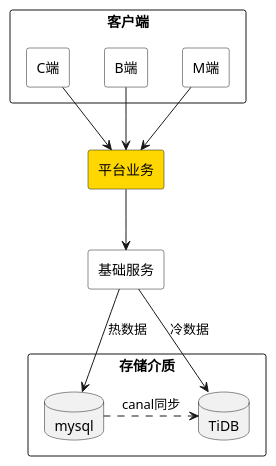
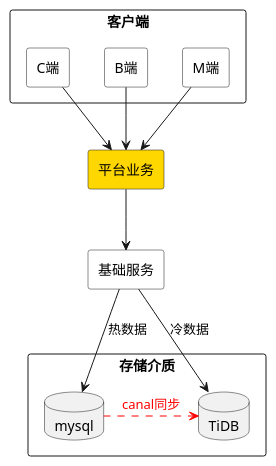
Before and after one commit to dictionaryshi/wxjj: the diagram in diagram/ComponentDemo.puml, drawn with PlantUML.

Commit message:
ComponentDemo.puml

```diff
--- a/diagram/ComponentDemo.puml
+++ b/diagram/ComponentDemo.puml
@@ -1,38 +1,38 @@
 @startuml
 
 skinparam component {
     Style rectangle
     BackgroundColor white
 }
 
 skinparam package {
     Style rectangle
 }
 
 package "客户端" {
     component "C端" as A
     component "B端" as B
     component "M端" as M
 }
 
 component "平台业务" as P #gold
 
 component "基础服务" as J
 
 package "存储介质" {
     database mysql
     database TiDB
 }
 
 A --> P
 B --> P
 M --> P
 
 P --> J
 
 J -down-> mysql : 热数据
 J -down-> TiDB : 冷数据
 
-mysql -.right-> TiDB: canal同步
+mysql -.right-> TiDB #red : <color:red>canal同步</color>
 
 @enduml
```
